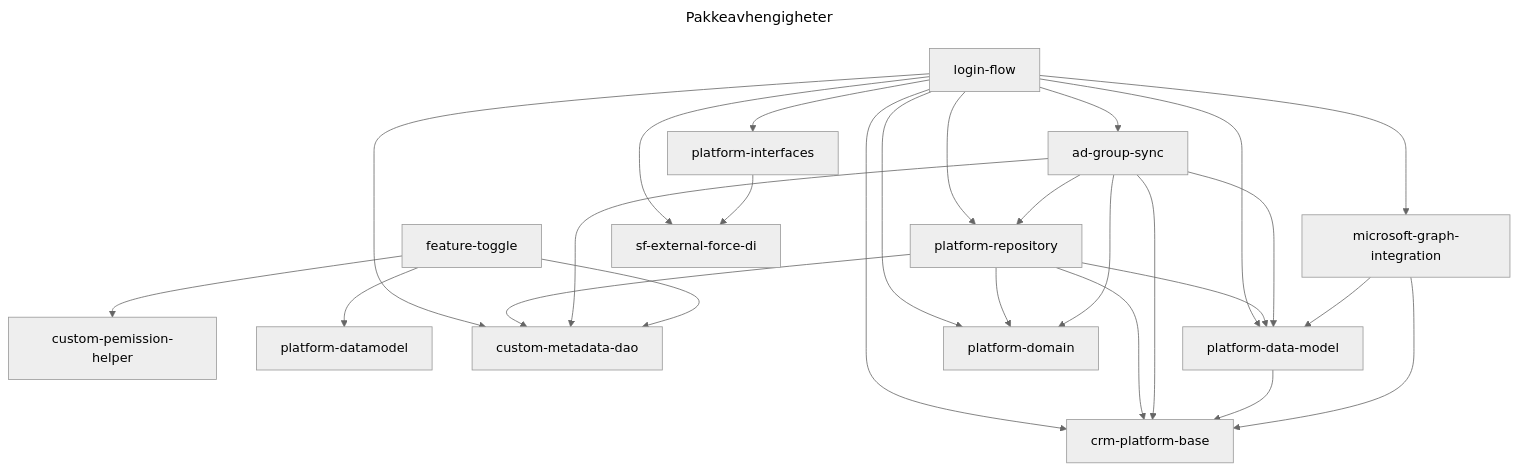
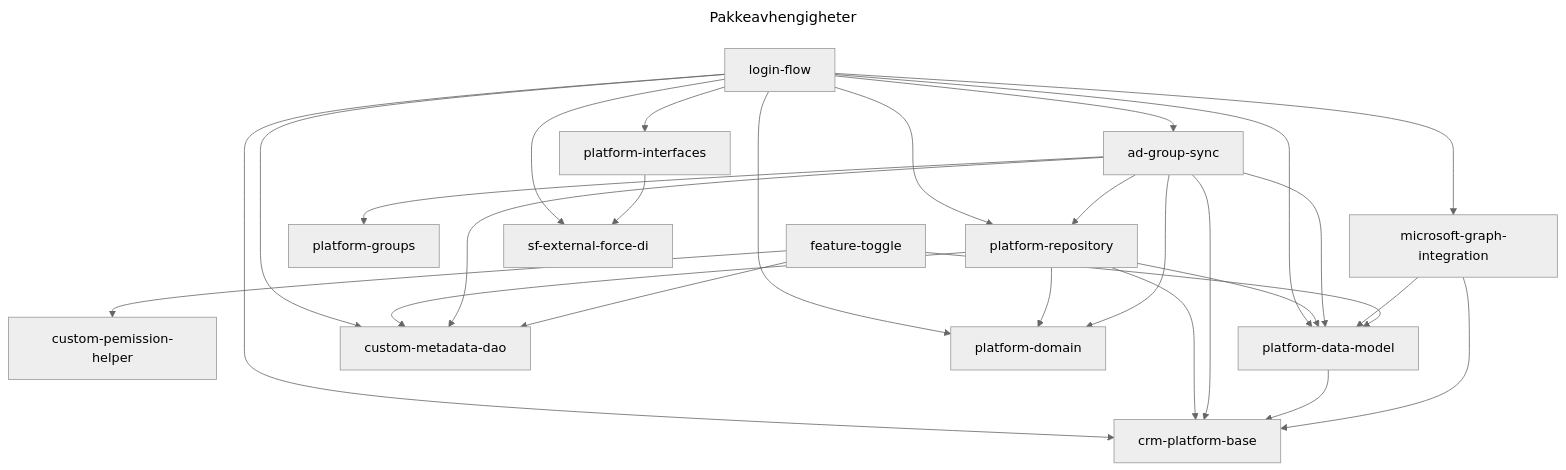
One commit to navikt/sf-platform changed the diagram in README.md. Above: the diagram before and after it, drawn with Mermaid (neutral theme). The commit also changed 275 other files, not shown here.

Commit message:
Moved public groups into package platform-groups

````diff
--- a/README.md
+++ b/README.md
@@ -22,32 +22,33 @@
 ```mermaid
 ---
 title: Pakkeavhengigheter
 ---
 graph TD
     custom-pemission-helper
-    feature-toggle --> platform-datamodel;
+    feature-toggle --> platform-data-model;
     feature-toggle --> custom-metadata-dao;
     feature-toggle --> custom-pemission-helper;
     microsoft-graph-integration --> crm-platform-base;
     microsoft-graph-integration --> platform-data-model;
     platform-data-model --> crm-platform-base;
     ad-group-sync --> crm-platform-base;
     ad-group-sync --> custom-metadata-dao;
+    ad-group-sync --> platform-groups
     ad-group-sync --> platform-data-model;
     ad-group-sync --> platform-domain;
     ad-group-sync --> platform-repository;
     platform-repository --> custom-metadata-dao;
     platform-repository --> crm-platform-base;
     platform-repository --> platform-data-model;
     platform-repository --> platform-domain;
     platform-interfaces --> sf-external-force-di
     login-flow --> crm-platform-base;
     login-flow --> custom-metadata-dao;
     login-flow --> platform-data-model;
     login-flow --> platform-domain;
     login-flow --> platform-repository;
     login-flow --> microsoft-graph-integration;
     login-flow --> ad-group-sync;
     login-flow --> sf-external-force-di;
     login-flow --> platform-interfaces;
 ```
````
